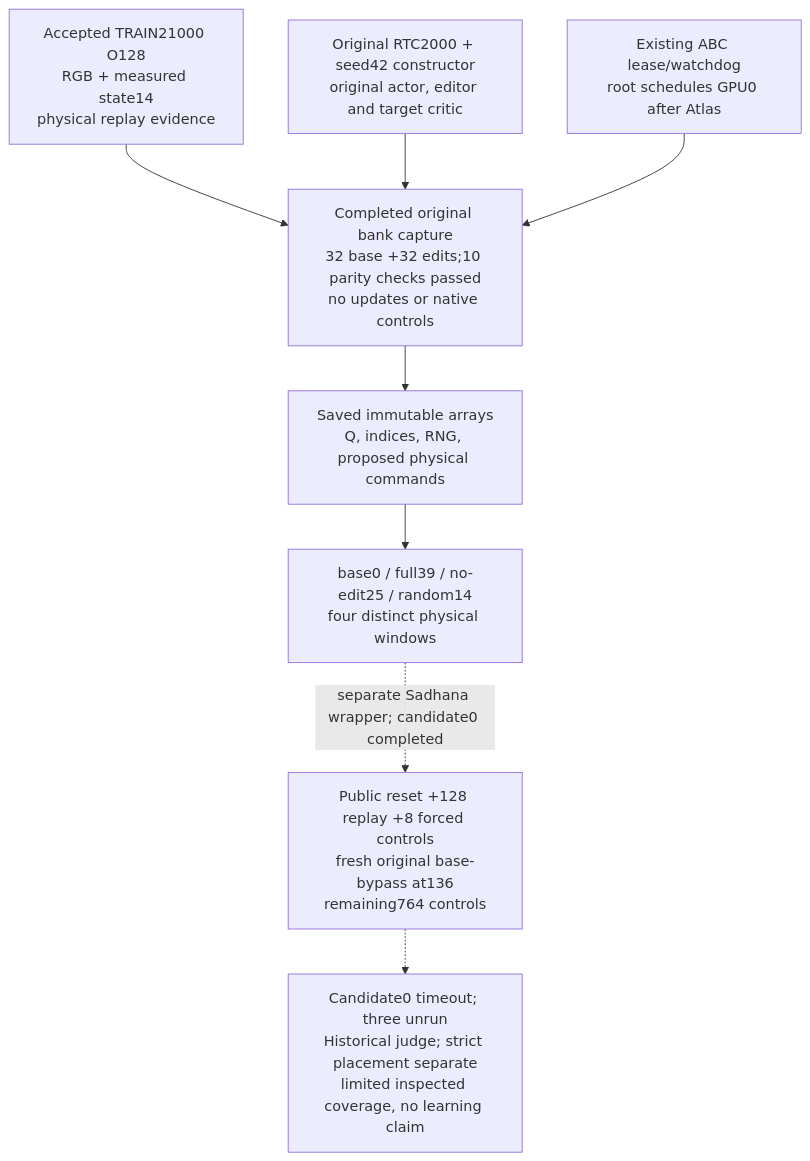
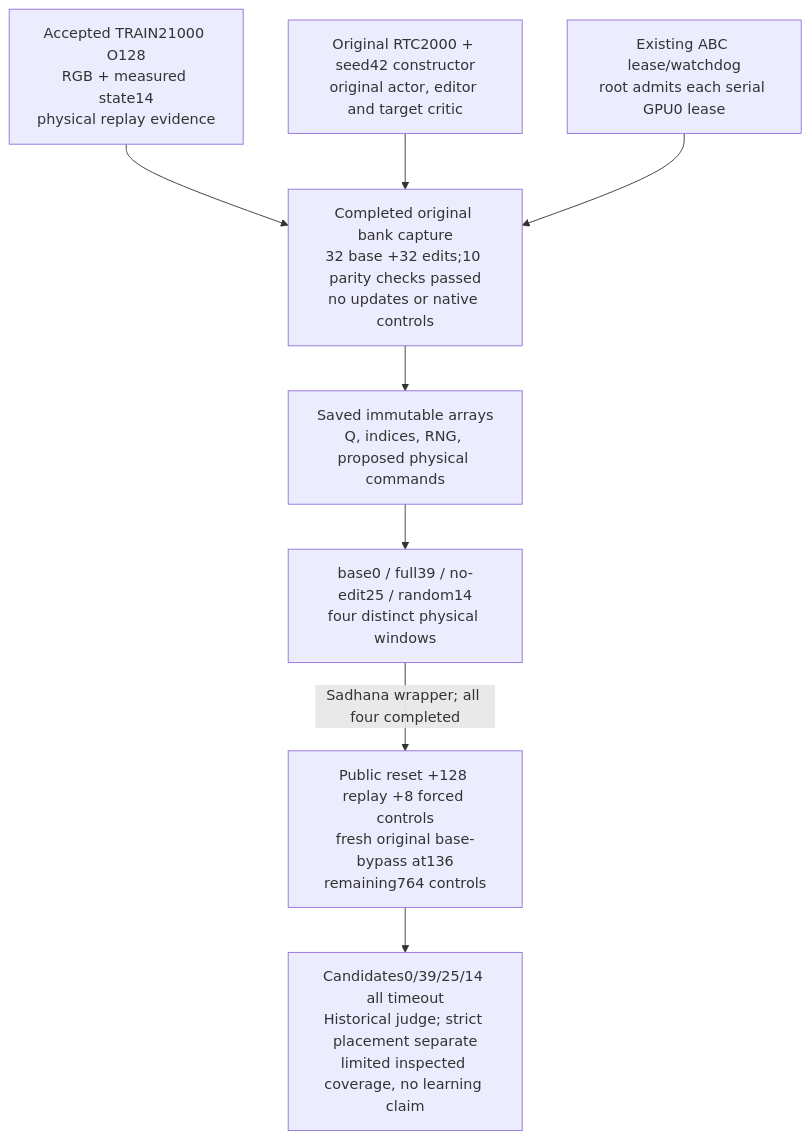
One commit to aditya9729/abc changed the diagram in docs/bench/FAILURE_CANDIDATE_BANK.mmd. Above: the diagram before and after it, drawn with Mermaid. The commit also changed 1 other file, not shown here.

Commit message:
Record four completed EXPO failure-state candidate outcomes

```diff
--- a/docs/bench/FAILURE_CANDIDATE_BANK.mmd
+++ b/docs/bench/FAILURE_CANDIDATE_BANK.mmd
@@ -1,8 +1,8 @@
 flowchart TD
   CAP["Accepted TRAIN21000 O128\nRGB + measured state14\nphysical replay evidence"] --> BANK
   SOURCE["Original RTC2000 + seed42 constructor\noriginal actor, editor and target critic"] --> BANK
   BANK["Completed original bank capture\n32 base +32 edits;10 parity checks passed\nno updates or native controls"] --> ARRAY["Saved immutable arrays\nQ, indices, RNG, proposed physical commands"]
   ARRAY --> PICK["base0 / full39 / no-edit25 / random14\nfour distinct physical windows"]
-  PICK -. "separate Sadhana wrapper; candidate0 completed" .-> BRANCH["Public reset +128 replay +8 forced controls\nfresh original base-bypass at136\nremaining764 controls"]
-  BRANCH -.-> OUTCOME["Candidate0 timeout; three unrun\nHistorical judge; strict placement separate\nlimited inspected coverage, no learning claim"]
-  LEASE["Existing ABC lease/watchdog\nroot schedules GPU0 after Atlas"] --> BANK
+  PICK -->|"Sadhana wrapper; all four completed"| BRANCH["Public reset +128 replay +8 forced controls\nfresh original base-bypass at136\nremaining764 controls"]
+  BRANCH --> OUTCOME["Candidates0/39/25/14 all timeout\nHistorical judge; strict placement separate\nlimited inspected coverage, no learning claim"]
+  LEASE["Existing ABC lease/watchdog\nroot admits each serial GPU0 lease"] --> BANK
```
